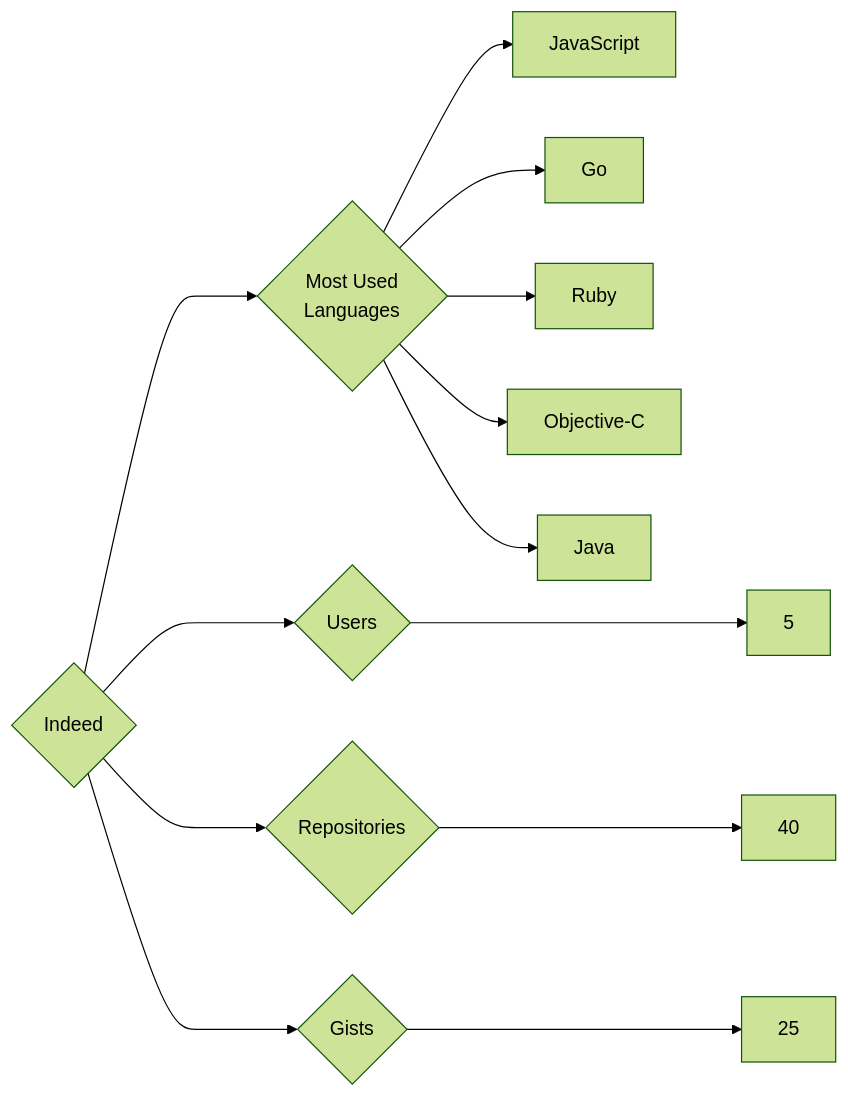
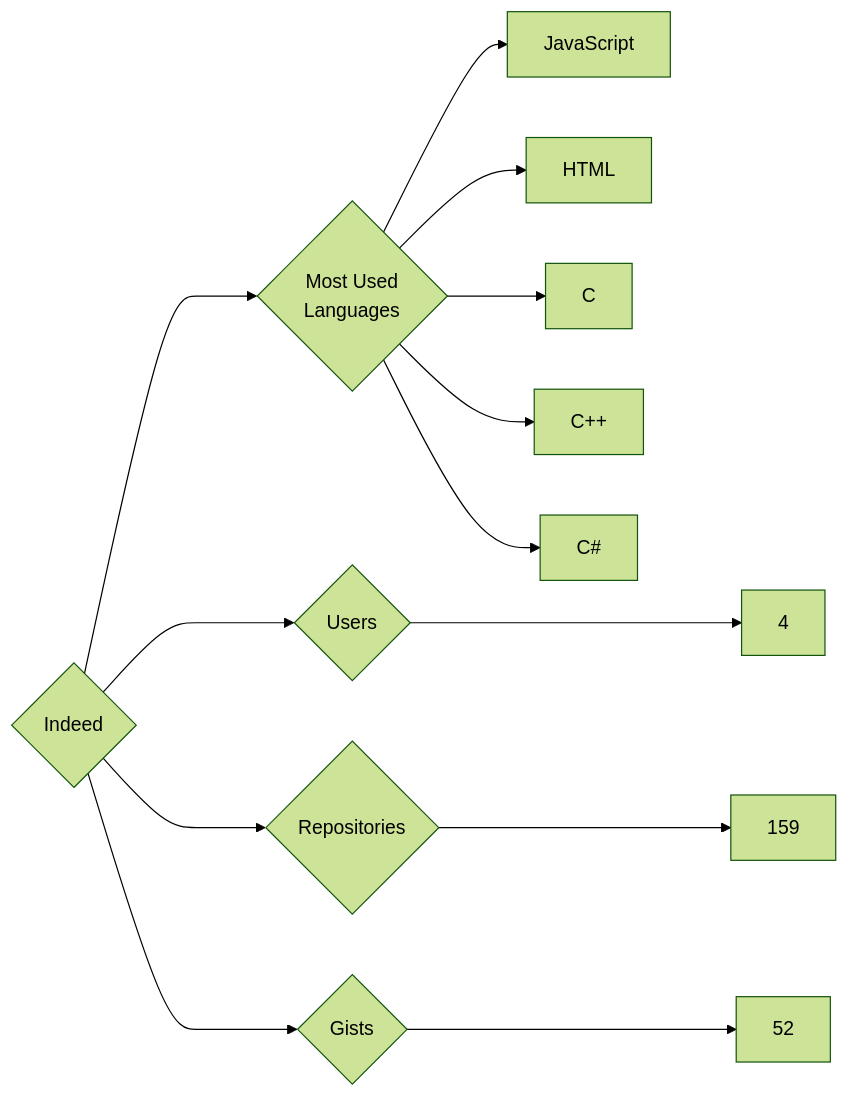
Before and after one commit to trickest/insiders: the diagram in targets/Indeed/README.md, drawn with Mermaid (forest theme). The commit also changed 1212 other files, not shown here.

````diff
--- a/targets/Indeed/README.md
+++ b/targets/Indeed/README.md
@@ -3,13 +3,13 @@
 ```mermaid
 graph LR
 COMPANY_NAME{Indeed}
-COMPANY_NAME ---> U{Users} ---> UN[5]
-COMPANY_NAME ---> R{Repositories} ---> RN[40]
-COMPANY_NAME ---> G{Gists} ---> GN[25]
+COMPANY_NAME ---> U{Users} ---> UN[4]
+COMPANY_NAME ---> R{Repositories} ---> RN[159]
+COMPANY_NAME ---> G{Gists} ---> GN[52]
 COMPANY_NAME ---> ML{Most Used<br>Languages}
 ML --> JavaScript[JavaScript]
-ML --> Go[Go]
-ML --> Ruby[Ruby]
-ML --> Objective-C[Objective-C]
-ML --> Java[Java]
+ML --> HTML[HTML]
+ML --> C[C]
+ML --> C++[C++]
+ML --> C#[C#]
 ```
````
